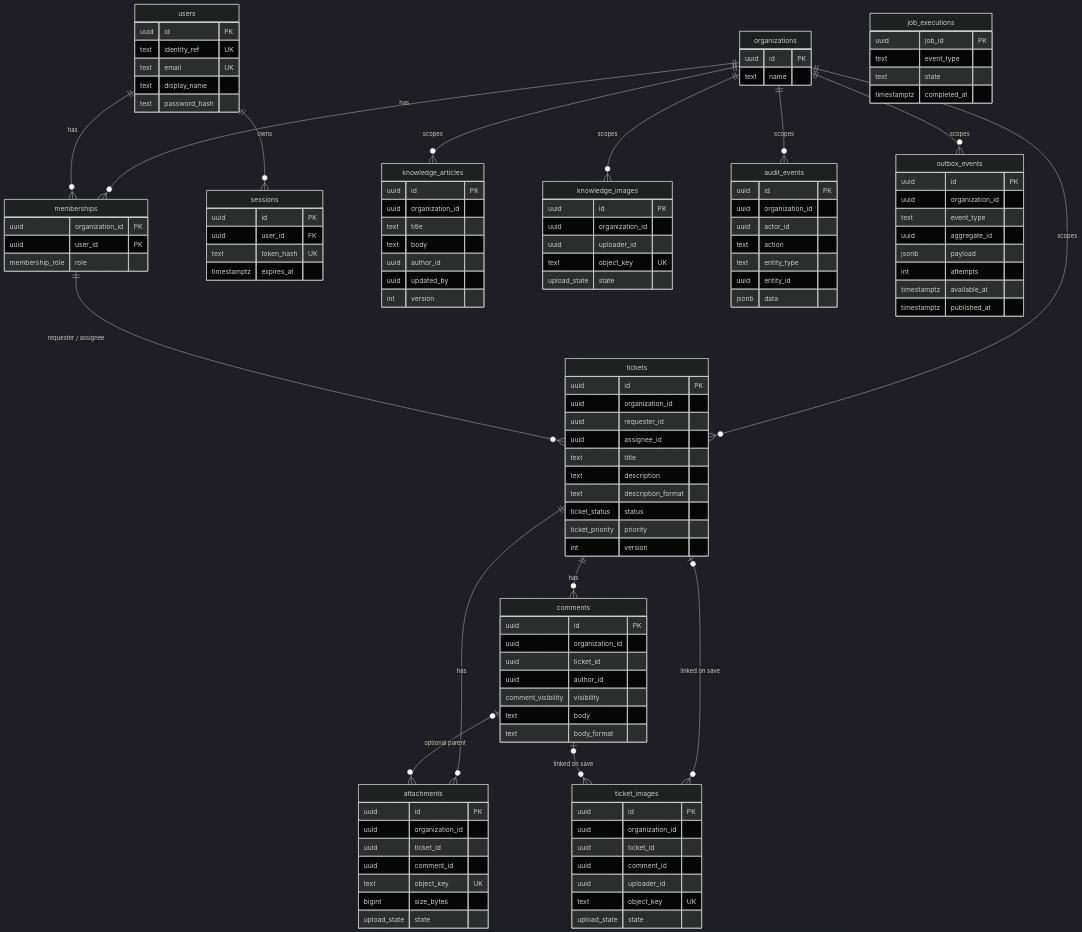
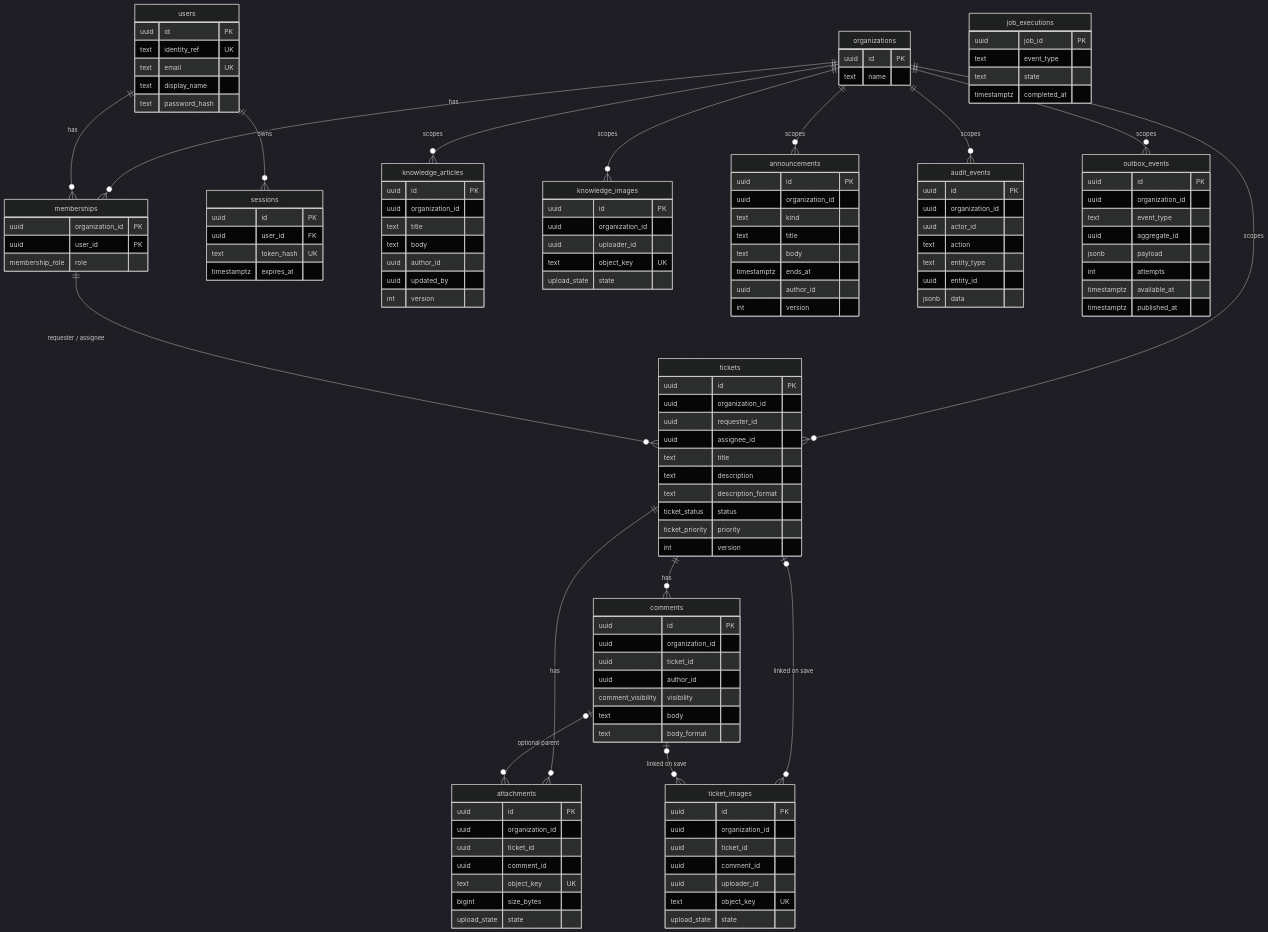
Before and after one commit to TheCodister/support-portal: the eighth of 10 diagrams in README.md, drawn with Mermaid (dark theme). The commit also changed other lines of this file and 12 other files, not shown here.

```diff
--- a/README.md
+++ b/README.md
@@ -449,6 +453,7 @@
   comments |o--o{ ticket_images : "linked on save"
   organizations ||--o{ knowledge_articles : scopes
   organizations ||--o{ knowledge_images : scopes
+  organizations ||--o{ announcements : scopes
   organizations ||--o{ audit_events : scopes
   organizations ||--o{ outbox_events : scopes
 
@@ -529,6 +534,16 @@
     text object_key UK
     upload_state state
   }
+  announcements {
+    uuid id PK
+    uuid organization_id
+    text kind
+    text title
+    text body
+    timestamptz ends_at
+    uuid author_id
+    int version
+  }
   audit_events {
     uuid id PK
     uuid organization_id
```
